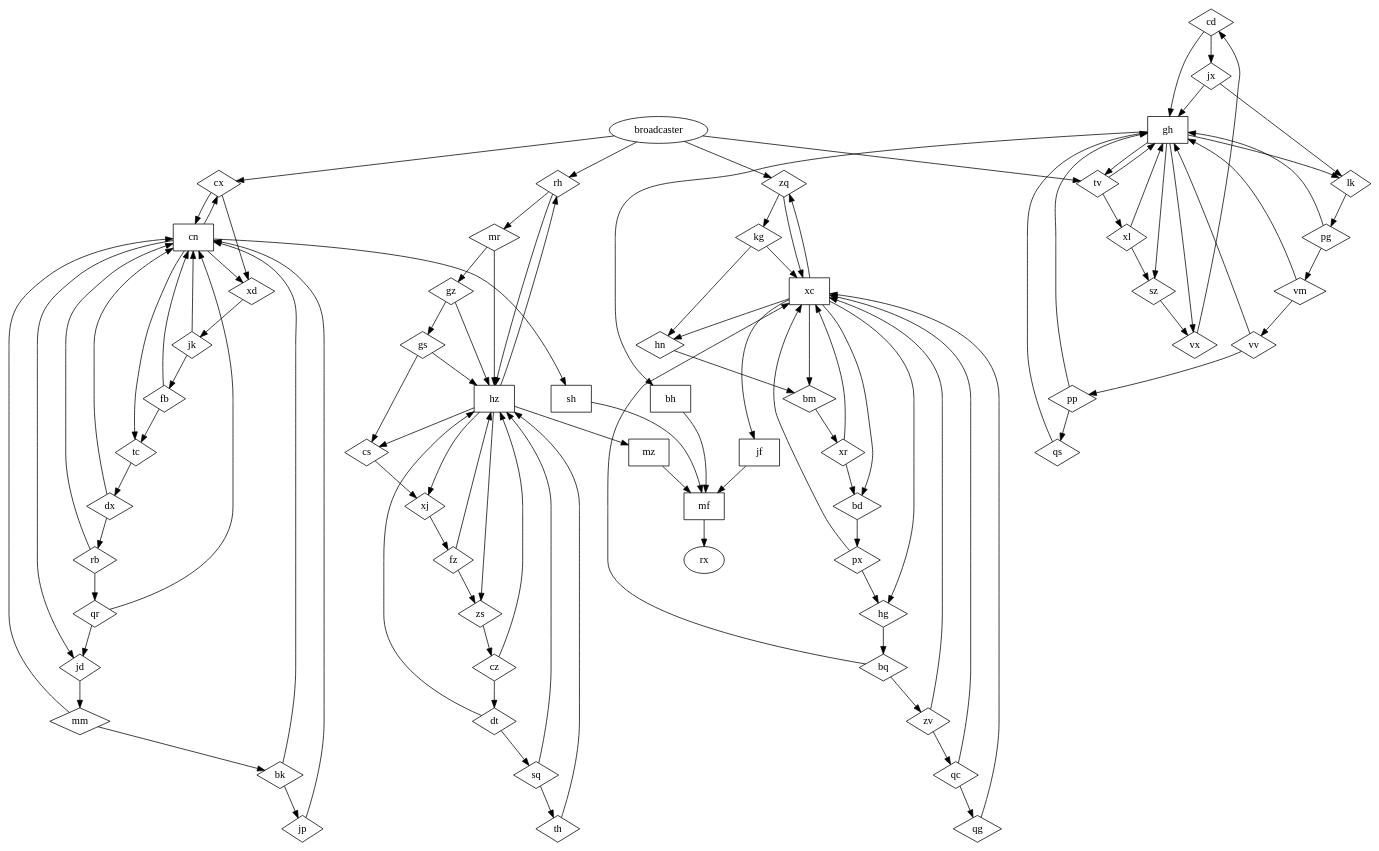
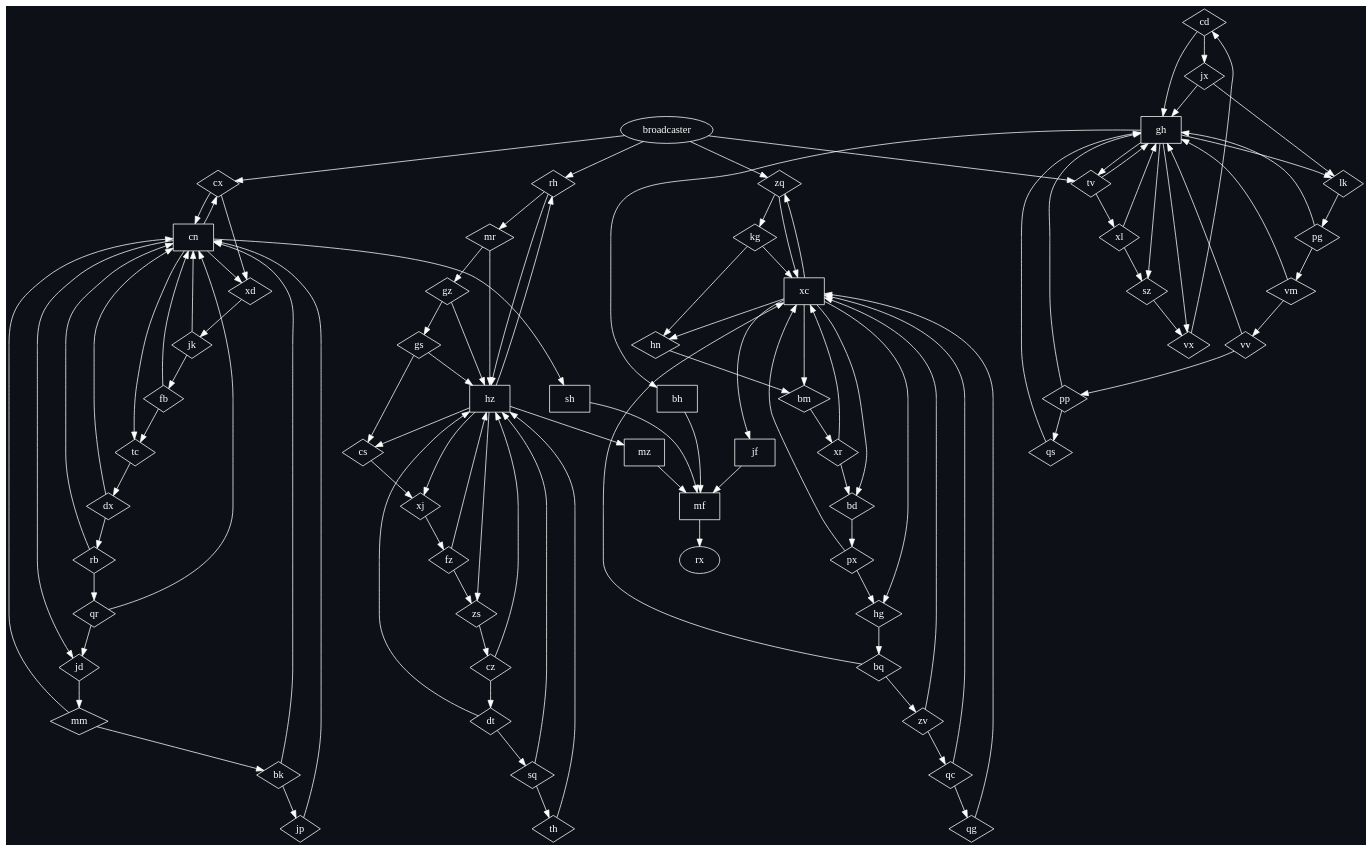
Before and after one commit to sandyberko/advent-of-code-2023: the diagram in day_20/src/input.dot, drawn with Graphviz.

Commit message:
day 20: Graphviz dark mode

```diff
--- a/day_20/src/input.dot
+++ b/day_20/src/input.dot
@@ -1,60 +1,63 @@
-digraph G {
+digraph {
+    bgcolor="#0d1117"
+    node [fontcolor="white" color="white" fontname="Monaspace Argon Var"]
+    edge [color="white"]
     cd [shape=diamond] cd -> jx, gh;
     bk [shape=diamond] bk -> jp, cn;
     px [shape=diamond] px -> xc, hg;
     tv [shape=diamond] tv -> gh, xl;
     xc [shape=box] xc -> bm, zq, jf, hg, bd, hn;
     bd [shape=diamond] bd -> px;
     bh [shape=box] bh -> mf;
     dx [shape=diamond] dx -> cn, rb;
     vv [shape=diamond] vv -> pp, gh;
     broadcaster -> cx, zq, tv, rh;
     rb [shape=diamond] rb -> cn, qr;
     jf [shape=box] jf -> mf;
     jd [shape=diamond] jd -> mm;
     cx [shape=diamond] cx -> xd, cn;
     zs [shape=diamond] zs -> cz;
     hn [shape=diamond] hn -> bm;
     xr [shape=diamond] xr -> bd, xc;
     mf [shape=box] mf -> rx;
     zq [shape=diamond] zq -> kg, xc;
     cn [shape=box] cn -> sh, jd, cx, tc, xd;
     cs [shape=diamond] cs -> xj;
     fb [shape=diamond] fb -> tc, cn;
     mm [shape=diamond] mm -> cn, bk;
     sq [shape=diamond] sq -> th, hz;
     sz [shape=diamond] sz -> vx;
     xl [shape=diamond] xl -> gh, sz;
     vm [shape=diamond] vm -> gh, vv;
     jp [shape=diamond] jp -> cn;
     qr [shape=diamond] qr -> cn, jd;
     bq [shape=diamond] bq -> xc, zv;
     sh [shape=box] sh -> mf;
     gz [shape=diamond] gz -> gs, hz;
     qc [shape=diamond] qc -> qg, xc;
     hg [shape=diamond] hg -> bq;
     dt [shape=diamond] dt -> sq, hz;
     xj [shape=diamond] xj -> fz;
     qs [shape=diamond] qs -> gh;
     fz [shape=diamond] fz -> hz, zs;
     qg [shape=diamond] qg -> xc;
     pp [shape=diamond] pp -> qs, gh;
     zv [shape=diamond] zv -> xc, qc;
     rh [shape=diamond] rh -> hz, mr;
     gh [shape=box] gh -> tv, lk, sz, bh, vx;
     th [shape=diamond] th -> hz;
     mz [shape=box] mz -> mf;
     bm [shape=diamond] bm -> xr;
     lk [shape=diamond] lk -> pg;
     jx [shape=diamond] jx -> lk, gh;
     hz [shape=box] hz -> xj, cs, zs, rh, mz;
     tc [shape=diamond] tc -> dx;
     mr [shape=diamond] mr -> hz, gz;
     xd [shape=diamond] xd -> jk;
     pg [shape=diamond] pg -> vm, gh;
     kg [shape=diamond] kg -> hn, xc;
     gs [shape=diamond] gs -> cs, hz;
     vx [shape=diamond] vx -> cd;
     cz [shape=diamond] cz -> hz, dt;
     jk [shape=diamond] jk -> cn, fb;
 }
```
